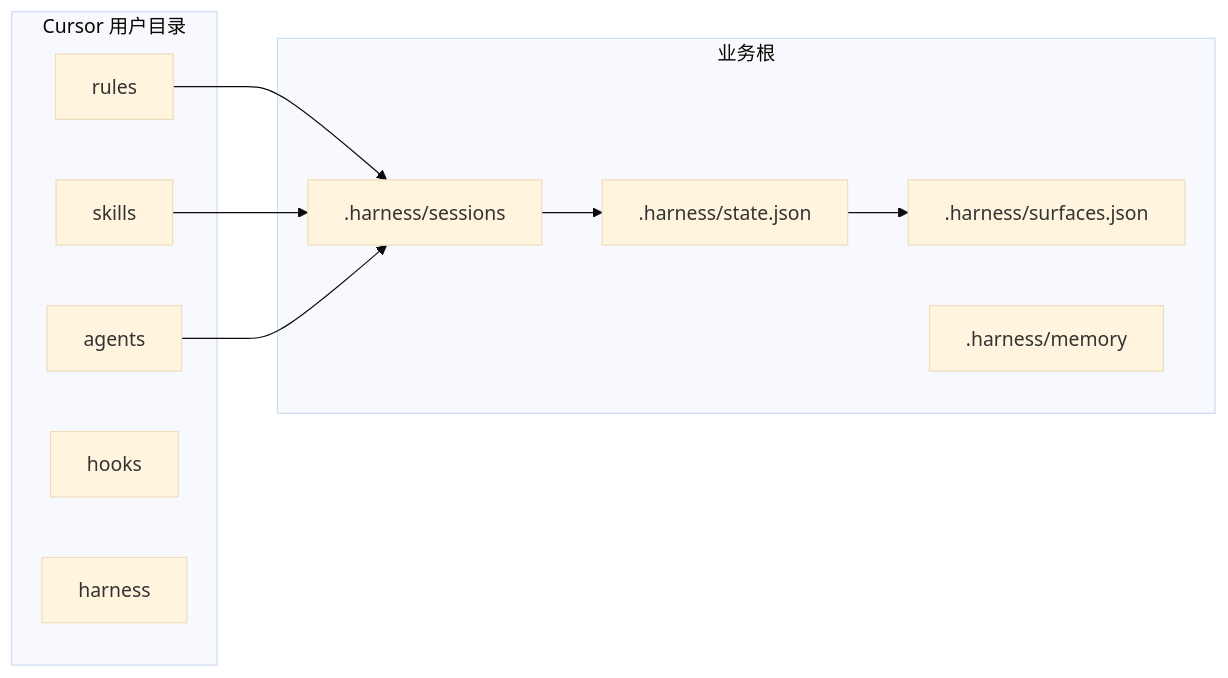
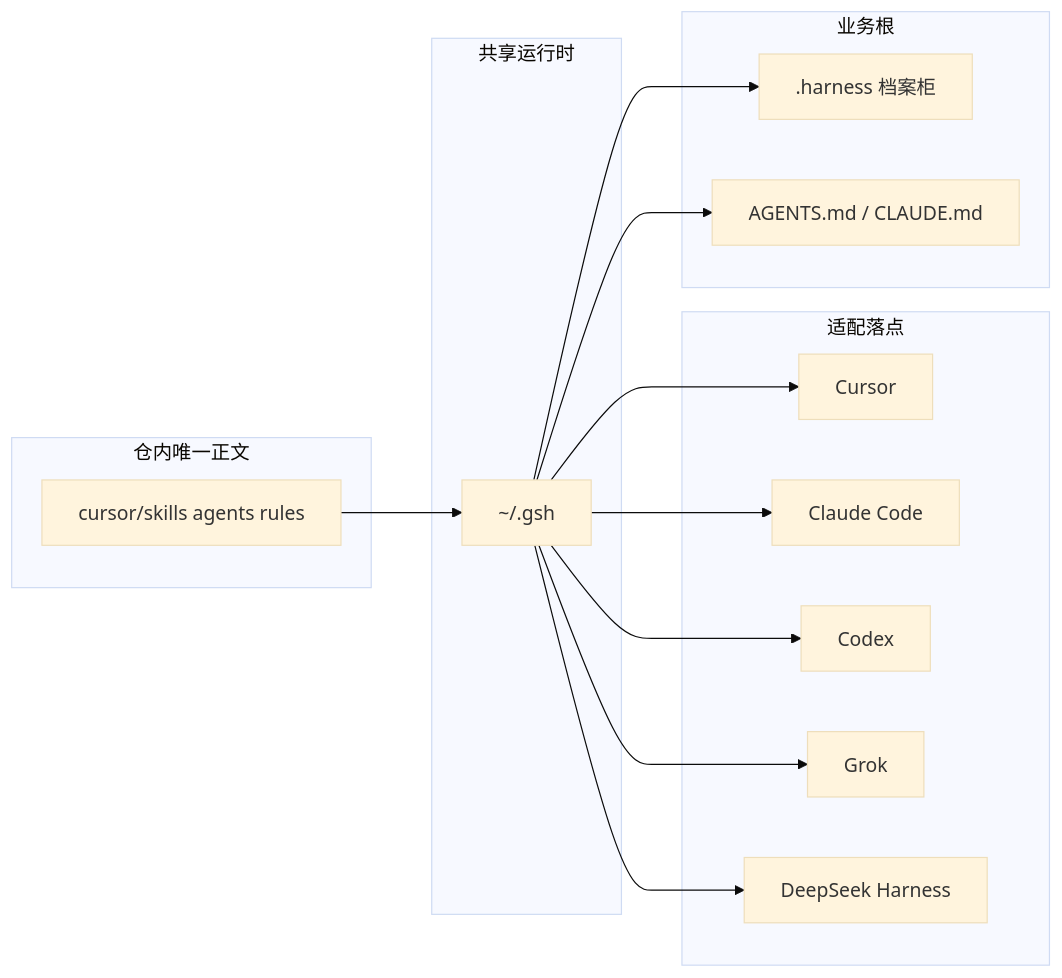
Before and after one commit to limoaCatherine/game-studio-harness: the diagram in docs/架构.md, drawn with Mermaid (base theme). The commit also changed other lines of this file and 28 other files, not shown here.

````diff
--- a/docs/架构.md
+++ b/docs/架构.md
@@ -16,21 +16,28 @@
 ```mermaid
 flowchart LR
-  subgraph user [Cursor 用户目录]
-    R[rules]
-    S[skills]
-    A[agents]
-    H[hooks]
-    N[harness]
+  subgraph src [仓内唯一正文]
+    C[cursor/skills agents rules]
+  end
+  subgraph runtime [共享运行时]
+    G[~/.gsh]
+  end
+  subgraph tools [适配落点]
+    U[Cursor]
+    L[Claude Code]
+    X[Codex]
+    K[Grok]
+    D[DeepSeek Harness]
   end
   subgraph ws [业务根]
-    C[.harness/state.json]
-    F[.harness/surfaces.json]
-    E[.harness/sessions]
-    M[.harness/memory]
+    H[.harness 档案柜]
+    A[AGENTS.md / CLAUDE.md]
   end
-  R --> E
-  S --> E
-  A --> E
-  E --> C
-  C --> F
+  C --> G
+  G --> U
+  G --> L
+  G --> X
+  G --> K
+  G --> D
+  G --> H
+  G --> A
 ```
````
